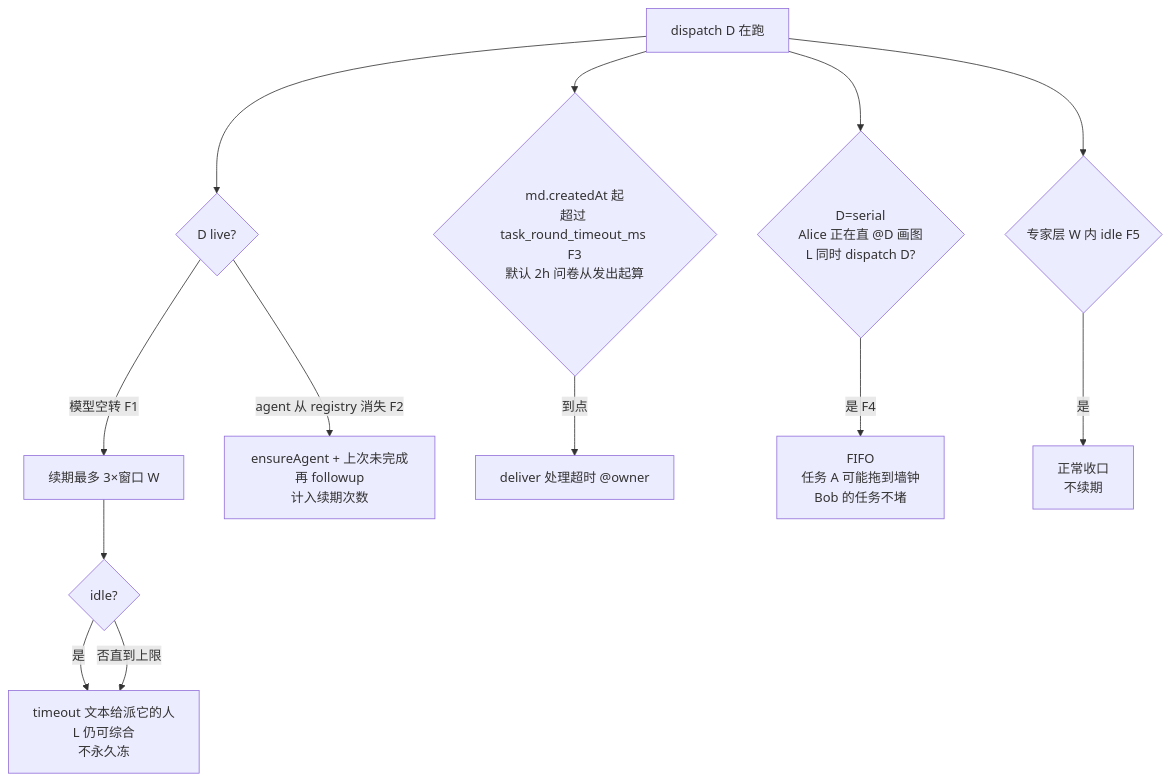
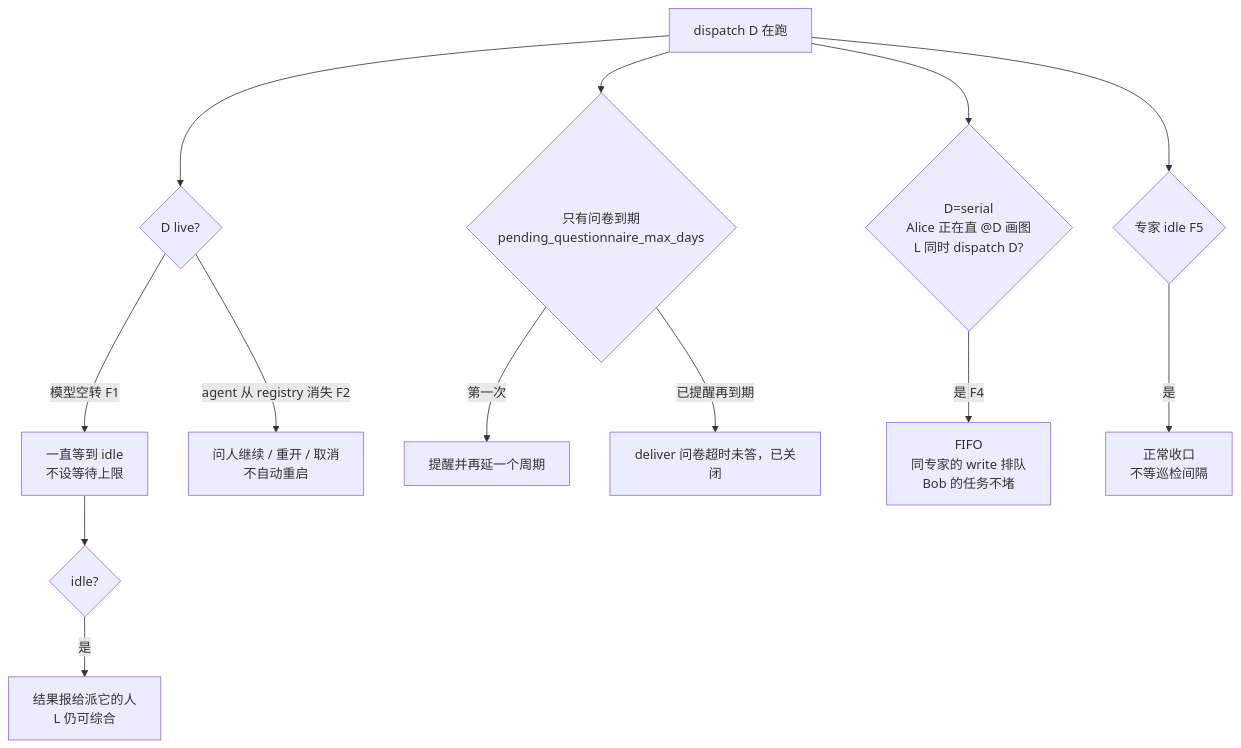
The seventh of 9 diagrams in dsh-agent-bot/docs/specs/12-leader-experts-teamwork-cases.md (CaffeineOddity/dsh-plugins), drawn with Mermaid before and after one commit. The commit also changed 34 other files, not shown here.

````diff
--- a/dsh-agent-bot/docs/specs/12-leader-experts-teamwork-cases.md
+++ b/dsh-agent-bot/docs/specs/12-leader-experts-teamwork-cases.md
@@ -212,15 +212,15 @@
 ```mermaid
 flowchart TD
   Run["dispatch D 在跑"] --> Live{D live?}
-  Live -->|模型空转 F1| Renew["续期最多 3×窗口 W"]
-  Renew --> Done{idle?}
-  Done -->|是| Text[timeout 文本给派它的人<br/>L 仍可综合<br/>不永久冻]
-  Done -->|否直到上限| Text
-  Live -->|agent 从 registry 消失 F2| Ensure["ensureAgent + 上次未完成再 followup<br/>计入续期次数"]
-  Run --> Wall{"md.createdAt 起<br/>超过 task_round_timeout_ms F3<br/>默认 2h 问卷从发出起算"}
-  Wall -->|到点| Timeout[deliver 处理超时 @owner]
+  Live -->|模型空转 F1| WaitIdle["一直等到 idle<br/>不设等待上限"]
+  WaitIdle --> Done{idle?}
+  Done -->|是| Text[结果报给派它的人<br/>L 仍可综合]
+  Live -->|agent 从 registry 消失 F2| AskHuman["问人继续 / 重开 / 取消<br/>不自动重启"]
+  Run --> Wall{"只有问卷到期<br/>pending_questionnaire_max_days"}
+  Wall -->|第一次| Remind[提醒并再延一个周期]
+  Wall -->|已提醒再到期| Timeout[deliver 问卷超时未答，已关闭]
   Run --> Serial{D=serial<br/>Alice 正在直 @D 画图<br/>L 同时 dispatch D?}
-  Serial -->|是 F4| WaitFifo[FIFO<br/>任务 A 可能拖到墙钟<br/>Bob 的任务不堵]
-  Run --> IdleW{专家层 W 内 idle F5}
-  IdleW -->|是| Close[正常收口<br/>不续期]
+  Serial -->|是 F4| WaitFifo[FIFO<br/>同专家的 write 排队<br/>Bob 的任务不堵]
+  Run --> IdleW{专家 idle F5}
+  IdleW -->|是| Close[正常收口<br/>不等巡检间隔]
 ```
````
